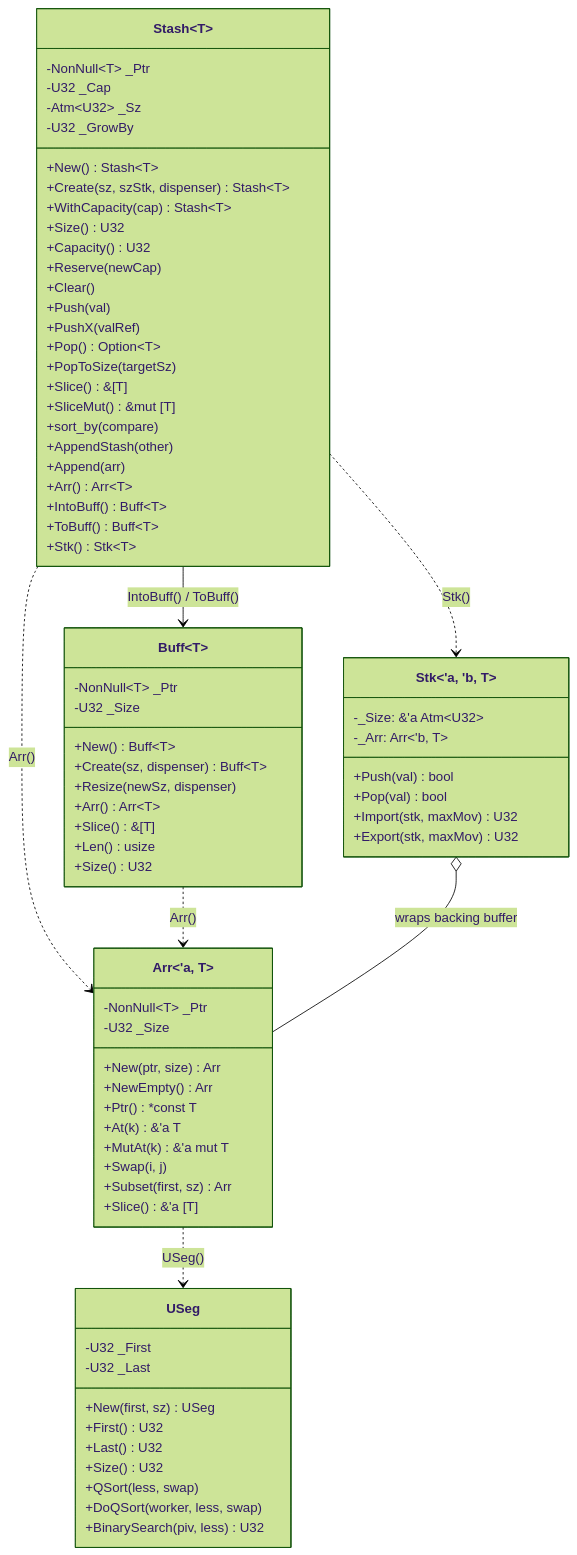
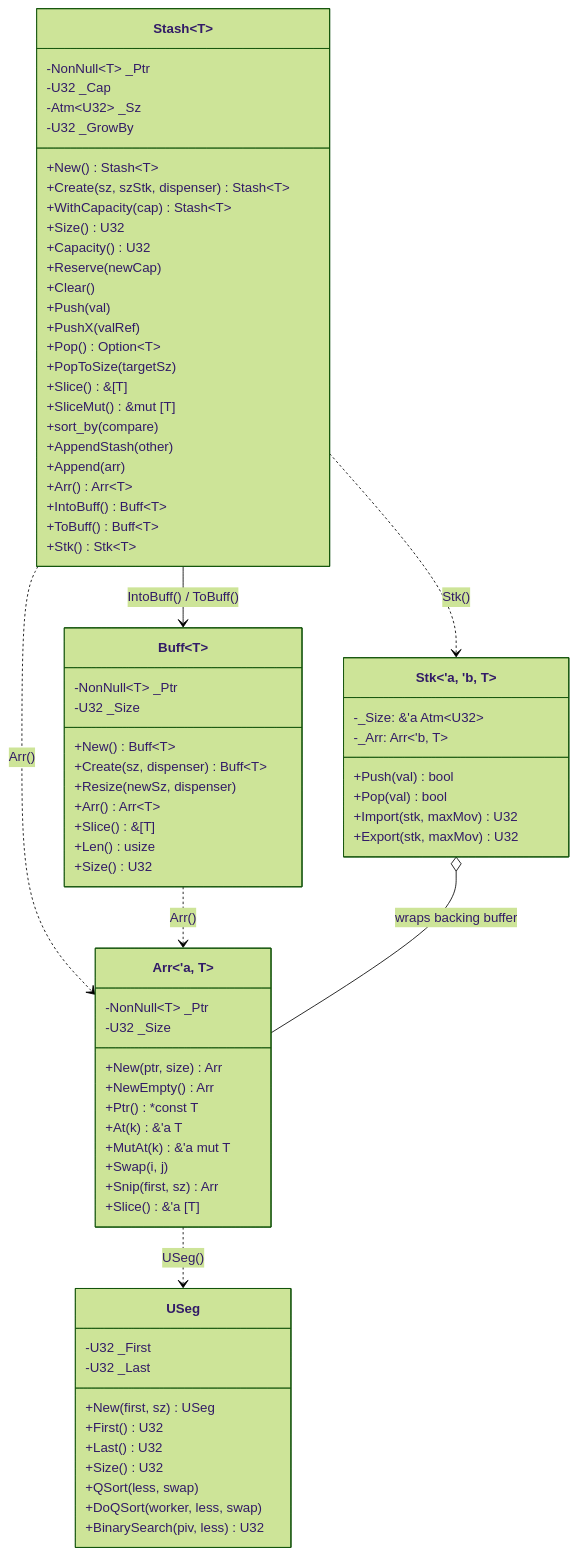
The first of 3 diagrams in wiki/Silo.md (jswarup/Kosh), drawn with Mermaid (forest theme) before and after one commit. The commit also changed other lines of this file and 7 other files, not shown here.

Commit message:
Rename Subset to Snip, streamline CopyFrom and SwapFrom, and assimilate guidelines

````diff
--- a/wiki/Silo.md
+++ b/wiki/Silo.md
@@ -14,82 +14,82 @@
 ```mermaid
 classDiagram
     class Stash~T~ {
         -NonNull~T~ _Ptr
         -U32 _Cap
         -Atm~U32~ _Sz
         -U32 _GrowBy
         +New() Stash~T~
         +Create(sz, szStk, dispenser) Stash~T~
         +WithCapacity(cap) Stash~T~
         +Size() U32
         +Capacity() U32
         +Reserve(newCap)
         +Clear()
         +Push(val)
         +PushX(valRef)
         +Pop() Option~T~
         +PopToSize(targetSz)
         +Slice() &[T]
         +SliceMut() &mut [T]
         +sort_by(compare)
         +AppendStash(other)
         +Append(arr)
         +Arr() Arr~T~
         +IntoBuff() Buff~T~
         +ToBuff() Buff~T~
         +Stk() Stk~T~
     }
 
     class Buff~T~ {
         -NonNull~T~ _Ptr
         -U32 _Size
         +New() Buff~T~
         +Create(sz, dispenser) Buff~T~
         +Resize(newSz, dispenser)
         +Arr() Arr~T~
         +Slice() &[T]
         +Len() usize
         +Size() U32
     }
 
     class Arr~'a, T~ {
         -NonNull~T~ _Ptr
         -U32 _Size
         +New(ptr, size) Arr
         +NewEmpty() Arr
         +Ptr() *const T
         +At(k) &'a T
         +MutAt(k) &'a mut T
         +Swap(i, j)
-        +Subset(first, sz) Arr
+        +Snip(first, sz) Arr
         +Slice() &'a [T]
     }
 
     class Stk~'a, 'b, T~ {
         -_Size: &'a Atm~U32~
         -_Arr: Arr~'b, T~
         +Push(val) bool
         +Pop(val) bool
         +Import(stk, maxMov) U32
         +Export(stk, maxMov) U32
     }
 
     class USeg {
         -U32 _First
         -U32 _Last
         +New(first, sz) USeg
         +First() U32
         +Last() U32
         +Size() U32
         +QSort(less, swap)
         +DoQSort(worker, less, swap)
         +BinarySearch(piv, less) U32
     }
 
     Stash --> Buff : IntoBuff() / ToBuff()
     Stash ..> Stk : Stk()
     Stash ..> Arr : Arr()
     Buff ..> Arr : Arr()
     Stk o-- Arr : wraps backing buffer
     Arr ..> USeg : USeg()
 ```
````
